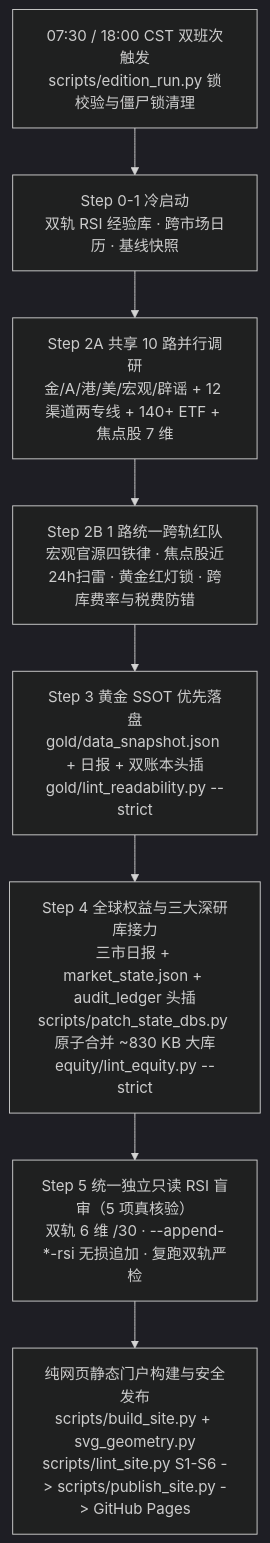
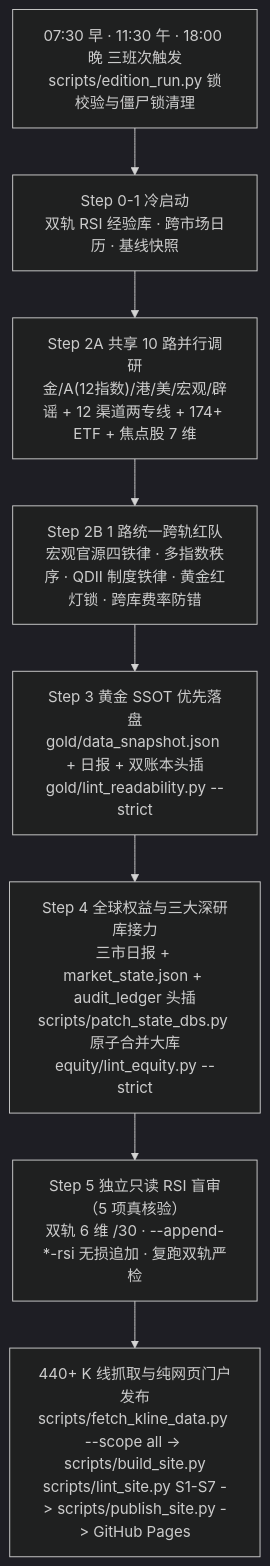
The diagram in README.md (nanless/global-investment-research), drawn with Mermaid (dark theme) before and after one commit. The commit also changed other lines of this file and 44 other files, not shown here.

````diff
--- a/README.md
+++ b/README.md
@@ -75,10 +86,10 @@
 ```mermaid
 flowchart TD
-    A["07:30 / 18:00 CST 双班次触发\nscripts/edition_run.py 锁校验与僵尸锁清理"] --> B["Step 0-1 冷启动\n双轨 RSI 经验库 · 跨市场日历 · 基线快照"]
-    B --> C["Step 2A 共享 10 路并行调研\n金/A/港/美/宏观/辟谣 + 12 渠道两专线 + 140+ ETF + 焦点股 7 维"]
-    C --> D["Step 2B 1 路统一跨轨红队\n宏观官源四铁律 · 焦点股近24h扫雷 · 黄金红灯锁 · 跨库费率与税费防错"]
+    A["07:30 早 · 11:30 午 · 18:00 晚 三班次触发\nscripts/edition_run.py 锁校验与僵尸锁清理"] --> B["Step 0-1 冷启动\n双轨 RSI 经验库 · 跨市场日历 · 基线快照"]
+    B --> C["Step 2A 共享 10 路并行调研\n金/A(12指数)/港/美/宏观/辟谣 + 12 渠道两专线 + 174+ ETF + 焦点股 7 维"]
+    C --> D["Step 2B 1 路统一跨轨红队\n宏观官源四铁律 · 多指数秩序 · QDII 制度铁律 · 黄金红灯锁 · 跨库费率防错"]
     D --> E["Step 3 黄金 SSOT 优先落盘\ngold/data_snapshot.json + 日报 + 双账本头插\ngold/lint_readability.py --strict"]
-    E --> F["Step 4 全球权益与三大深研库接力\n三市日报 + market_state.json + audit_ledger 头插\nscripts/patch_state_dbs.py 原子合并 ~830 KB 大库\nequity/lint_equity.py --strict"]
-    F --> G["Step 5 统一独立只读 RSI 盲审（5 项真核验）\n双轨 6 维 /30 · --append-*-rsi 无损追加 · 复跑双轨严检"]
-    G --> H["纯网页静态门户构建与安全发布\nscripts/build_site.py + svg_geometry.py\nscripts/lint_site.py S1-S6 -> scripts/publish_site.py -> GitHub Pages"]
+    E --> F["Step 4 全球权益与三大深研库接力\n三市日报 + market_state.json + audit_ledger 头插\nscripts/patch_state_dbs.py 原子合并大库\nequity/lint_equity.py --strict"]
+    F --> G["Step 5 独立只读 RSI 盲审（5 项真核验）\n双轨 6 维 /30 · --append-*-rsi 无损追加 · 复跑双轨严检"]
+    G --> H["440+ K 线抓取与纯网页门户发布\nscripts/fetch_kline_data.py --scope all -> scripts/build_site.py\nscripts/lint_site.py S1-S7 -> scripts/publish_site.py -> GitHub Pages"]
 ```
````
